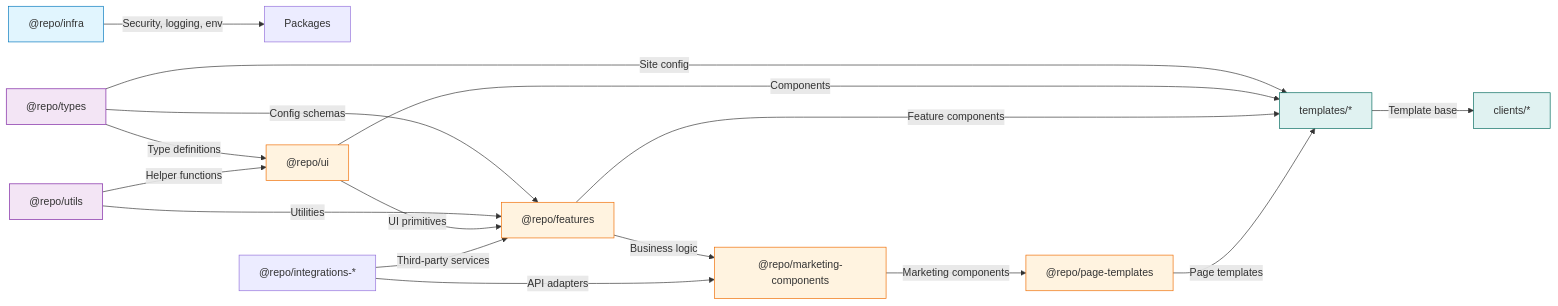
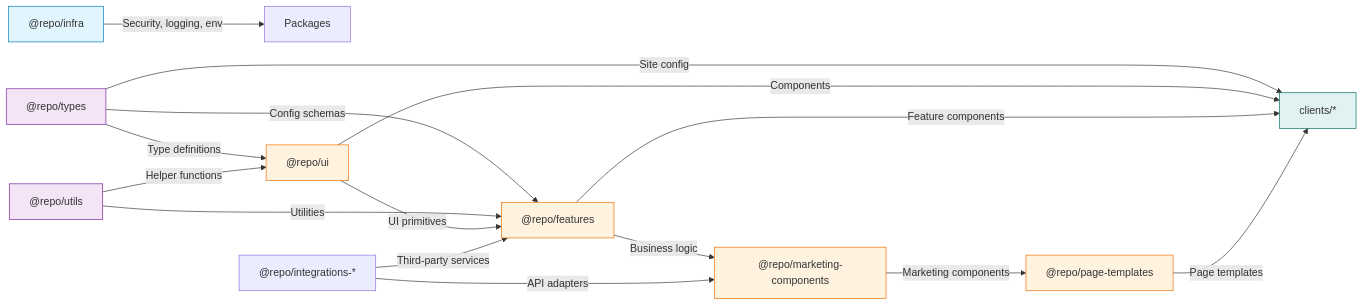
One commit to TrevorPLam/websites changed the second of 14 diagrams in docs/architecture/dependency-graph.md. Above: the diagram before and after it, drawn with Mermaid. The commit also changed other lines of this file and 279 other files, not shown here.

````diff
--- a/docs/architecture/dependency-graph.md
+++ b/docs/architecture/dependency-graph.md
@@ -165,41 +153,40 @@
 ```mermaid
 graph LR
     %% Core Infrastructure
     Infra["@repo/infra"] --> |"Security, logging, env"| Packages
     
     %% Shared Libraries
     Types["@repo/types"] --> |"Type definitions"| UI["@repo/ui"]
     Types --> |"Config schemas"| Features["@repo/features"]
-    Types --> |"Site config"| Templates["templates/*"]
+    Types --> |"Site config"| Clients["clients/*"]
     
     Utils["@repo/utils"] --> |"Helper functions"| UI
     Utils --> |"Utilities"| Features
     
     %% Component Libraries
     UI --> |"UI primitives"| Features
-    UI --> |"Components"| Templates
+    UI --> |"Components"| Clients
     
     Features --> |"Business logic"| Marketing["@repo/marketing-components"]
-    Features --> |"Feature components"| Templates
+    Features --> |"Feature components"| Clients
     
     Marketing --> |"Marketing components"| PageTemplates["@repo/page-templates"]
     
-    %% Templates and Clients
-    PageTemplates --> |"Page templates"| Templates
-    Templates --> |"Template base"| Clients["clients/*"]
+    %% Clients consume page-templates
+    PageTemplates --> |"Page templates"| Clients
     
     %% Integrations
     Integrations["@repo/integrations-*"] --> |"Third-party services"| Features
     Integrations --> |"API adapters"| Marketing
     
     %% Package groups
     classDef infra fill:#e1f5fe,stroke:#0277bd
     classDef shared fill:#f3e5f5,stroke:#7b1fa2
     classDef components fill:#fff3e0,stroke:#ef6c00
     classDef experience fill:#e0f2f1,stroke:#00695c
     
     class Infra infra
     class Types,Utils shared
     class UI,Features,Marketing,PageTemplates components
-    class Templates,Clients experience
+    class Clients experience
 ```
````
